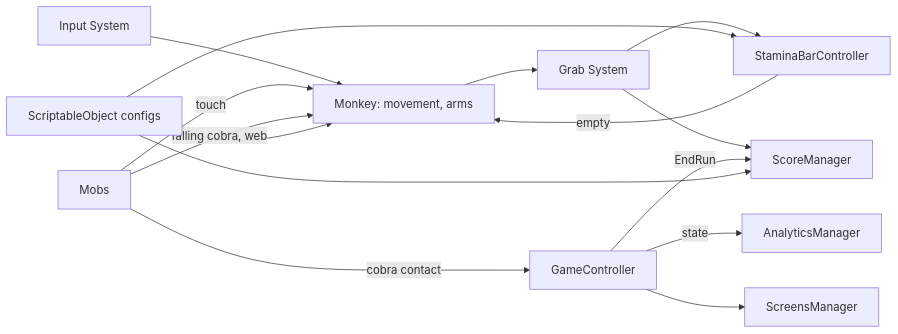
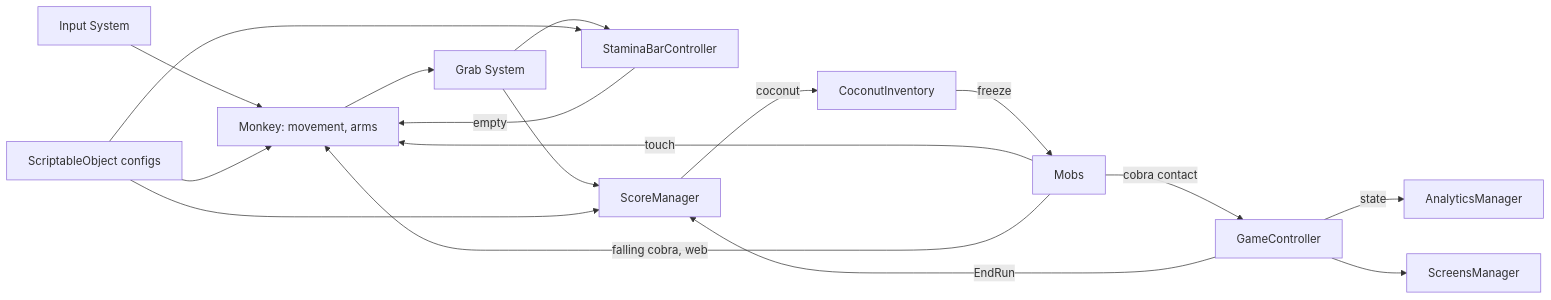
The first of 2 diagrams in docs/monkobra-tdd.md (CSCI-526/Team4-Lu_Lu), drawn with Mermaid before and after one commit. The commit also changed other lines of this file and 6 other files, not shown here.

Commit message:
Document the coconut item in CONTEXT and the design, grab, mob, balance and gameplay loop docs so its spawn, use and cobra freeze are described where each system lives.

````diff
--- a/docs/monkobra-tdd.md
+++ b/docs/monkobra-tdd.md
@@ -45,17 +45,19 @@
 ```mermaid
 graph LR
   Input[Input System] --> Monkey[Monkey: movement, arms]
   Monkey --> Grab[Grab System]
   Grab --> Stamina[StaminaBarController]
   Grab --> Score[ScoreManager]
+  Score -->|coconut| Coconut[CoconutInventory]
+  Coconut -->|freeze| Mobs
   Mobs[Mobs] -->|touch| Monkey
   Mobs -->|cobra contact| Game[GameController]
   Stamina -->|empty| Monkey
   Mobs -->|falling cobra, web| Monkey
   Game -->|state| Analytics[AnalyticsManager]
   Game --> Screens[ScreensManager]
   Game -->|EndRun| Score
   Config[ScriptableObject configs] --> Monkey
   Config --> Stamina
   Config --> Score
 ```
````
